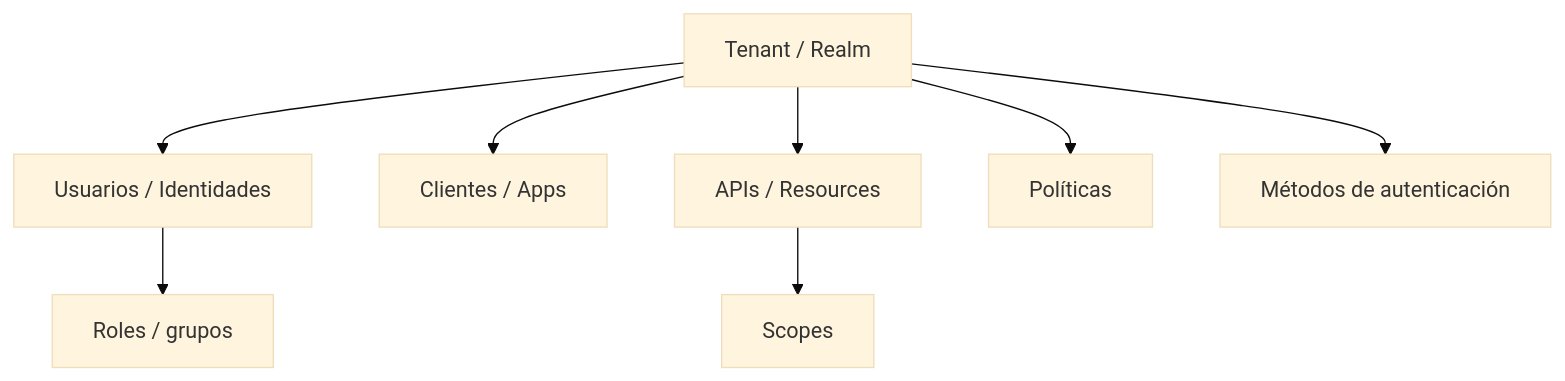
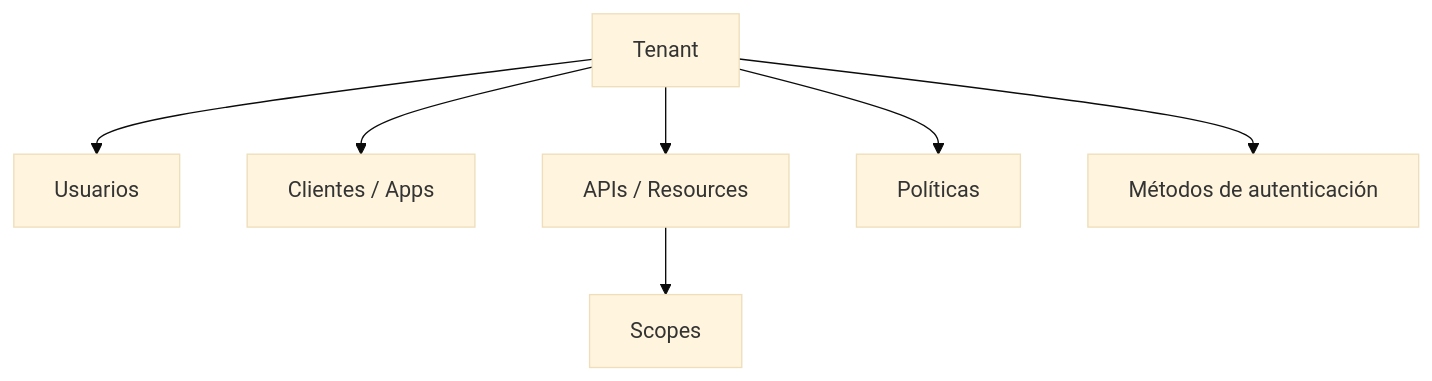
Before and after one commit to cmartinezs/DSY1107-DESARROLLO-CLOUD-NATIVE-I-2026-2: the first of 6 diagrams in semanas/semana-02/03-configurando-tenant.md, drawn with Mermaid (base theme). The commit also changed other lines of this file, not shown here.

Commit message:
docs: fix tenant content and GitHub-safe Mermaid

````diff
--- a/semanas/semana-02/03-configurando-tenant.md
+++ b/semanas/semana-02/03-configurando-tenant.md
@@ -38,11 +26,9 @@
 ```mermaid
 flowchart TD
-    T[Tenant / Realm]
-    T --> U[Usuarios / Identidades]
-    T --> C[Clientes / Apps]
-    T --> A[APIs / Resources]
-    T --> P[Políticas]
-    T --> M[Métodos de autenticación]
-    A --> S[Scopes]
-    U --> R[Roles / grupos]
+    T["Tenant"] --> U["Usuarios"]
+    T --> C["Clientes / Apps"]
+    T --> R["APIs / Resources"]
+    T --> P["Políticas"]
+    T --> A["Métodos de autenticación"]
+    R --> S["Scopes"]
 ```
````
